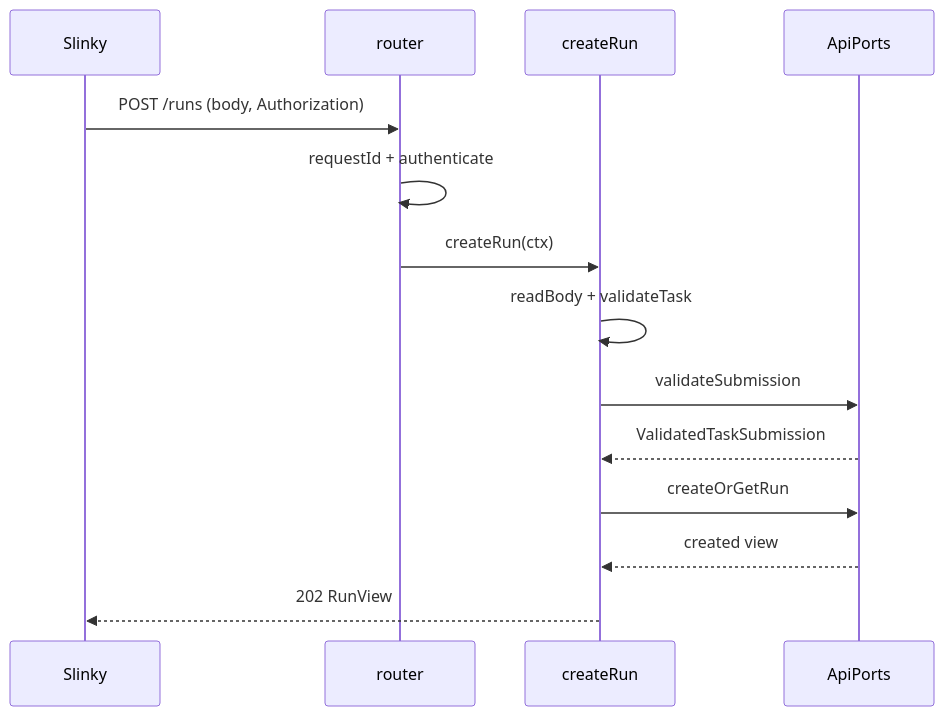
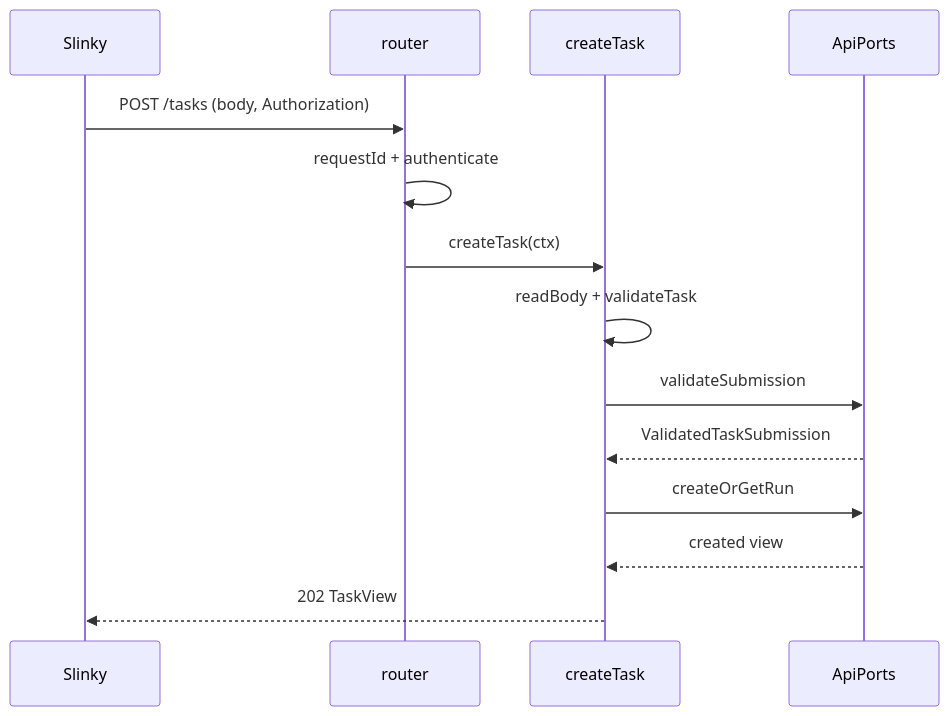
One commit to corezilla/piko changed the third of 3 diagrams in docs/50_implementation_design/piko-task-api-impl.isd.md. Above: the diagram before and after it, drawn with Mermaid. The commit also changed other lines of this file and 86 other files, not shown here.

````diff
--- a/docs/50_implementation_design/piko-task-api-impl.isd.md
+++ b/docs/50_implementation_design/piko-task-api-impl.isd.md
@@ -502,16 +502,16 @@
 ```mermaid
 sequenceDiagram
     participant SL as Slinky
     participant RT as router
-    participant HD as createRun
+    participant HD as createTask
     participant PT as ApiPorts
-    SL->>RT: POST /runs (body, Authorization)
+    SL->>RT: POST /tasks (body, Authorization)
     RT->>RT: requestId + authenticate
-    RT->>HD: createRun(ctx)
+    RT->>HD: createTask(ctx)
     HD->>HD: readBody + validateTask
     HD->>PT: validateSubmission
     PT-->>HD: ValidatedTaskSubmission
     HD->>PT: createOrGetRun
     PT-->>HD: created view
-    HD-->>SL: 202 RunView
+    HD-->>SL: 202 TaskView
 ```
````
